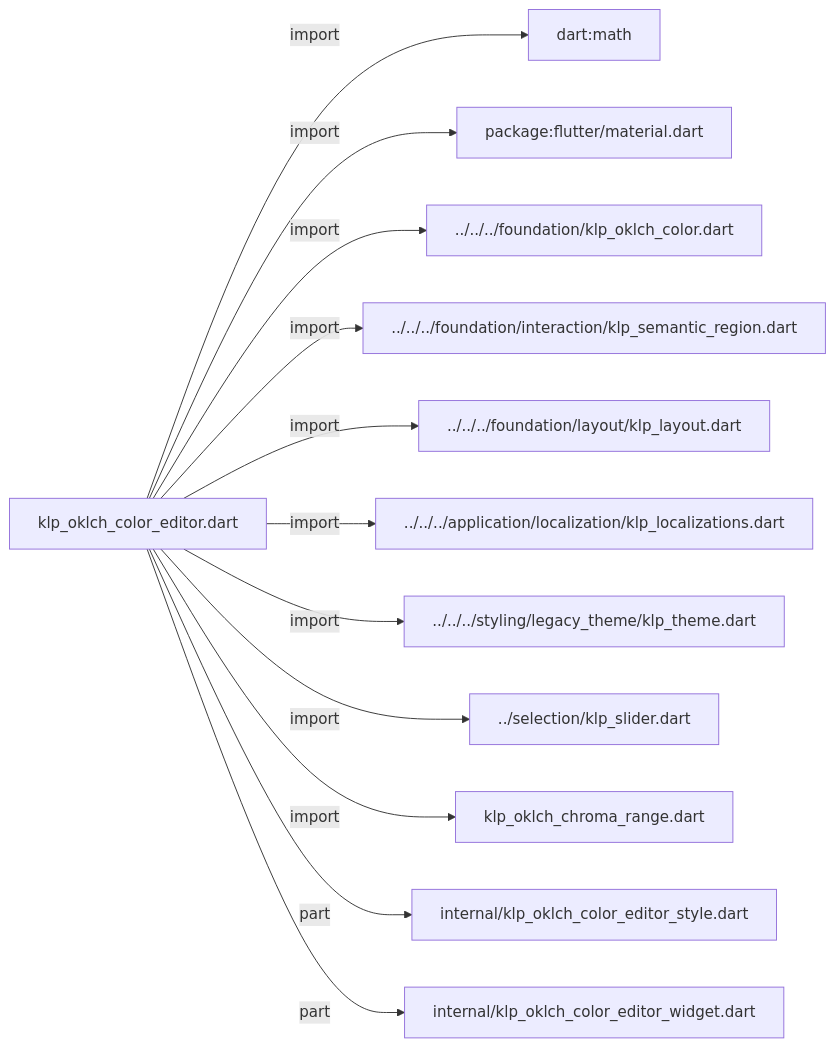
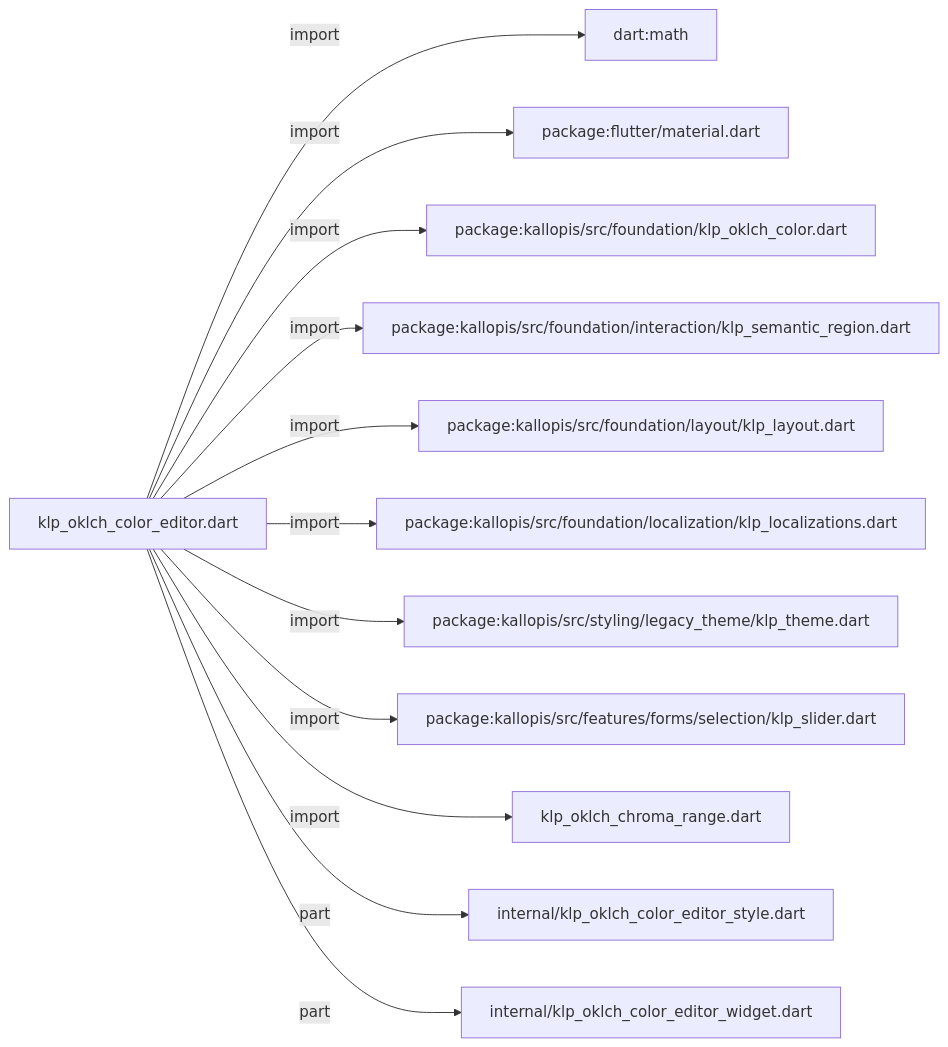
The first of 2 diagrams in docs/architecture/src/features/forms/color/klp_oklch_color_editor.md (MiuDog/Kallopis), drawn with Mermaid before and after one commit. The commit also changed other lines of this file and 9688 other files, not shown here.

Commit message:
Prepare isolated Flow F2 peer baseline

````diff
--- a/docs/architecture/src/features/forms/color/klp_oklch_color_editor.md
+++ b/docs/architecture/src/features/forms/color/klp_oklch_color_editor.md
@@ -11,26 +11,26 @@
 ```mermaid
 flowchart LR
 	n0["klp_oklch_color_editor.dart"]
 	n1["dart:math"]
 	n2["package:flutter/material.dart"]
-	n3["../../../foundation/klp_oklch_color.dart"]
-	n4["../../../foundation/interaction/klp_semantic_region.dart"]
-	n5["../../../foundation/layout/klp_layout.dart"]
-	n6["../../../application/localization/klp_localizations.dart"]
-	n7["../../../styling/legacy_theme/klp_theme.dart"]
-	n8["../selection/klp_slider.dart"]
+	n3["package:kallopis/src/foundation/klp_oklch_color.dart"]
+	n4["package:kallopis/src/foundation/interaction/klp_semantic_region.dart"]
+	n5["package:kallopis/src/foundation/layout/klp_layout.dart"]
+	n6["package:kallopis/src/foundation/localization/klp_localizations.dart"]
+	n7["package:kallopis/src/styling/legacy_theme/klp_theme.dart"]
+	n8["package:kallopis/src/features/forms/selection/klp_slider.dart"]
 	n9["klp_oklch_chroma_range.dart"]
 	n10["internal/klp_oklch_color_editor_style.dart"]
 	n11["internal/klp_oklch_color_editor_widget.dart"]
 	n0 -->|"import"| n1
 	n0 -->|"import"| n2
 	n0 -->|"import"| n3
 	n0 -->|"import"| n4
 	n0 -->|"import"| n5
 	n0 -->|"import"| n6
 	n0 -->|"import"| n7
 	n0 -->|"import"| n8
 	n0 -->|"import"| n9
 	n0 -->|"part"| n10
 	n0 -->|"part"| n11
 ```
````
